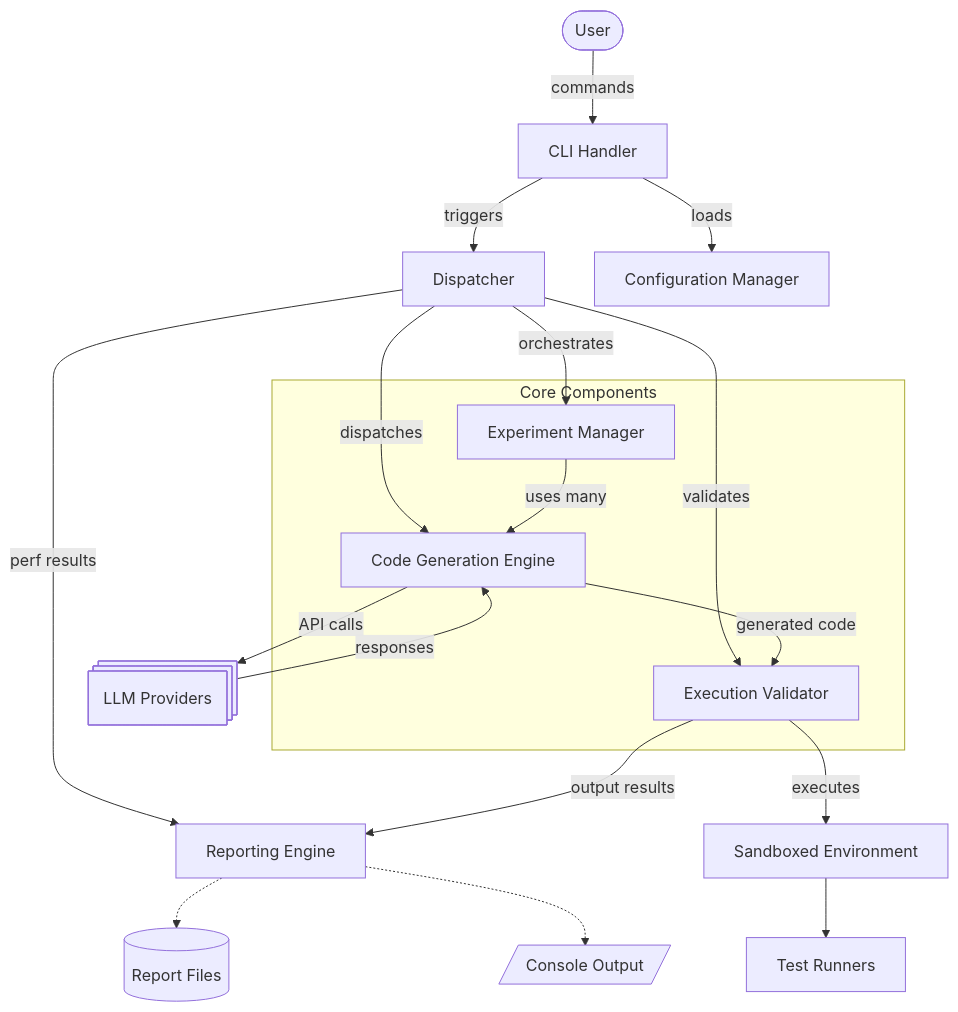
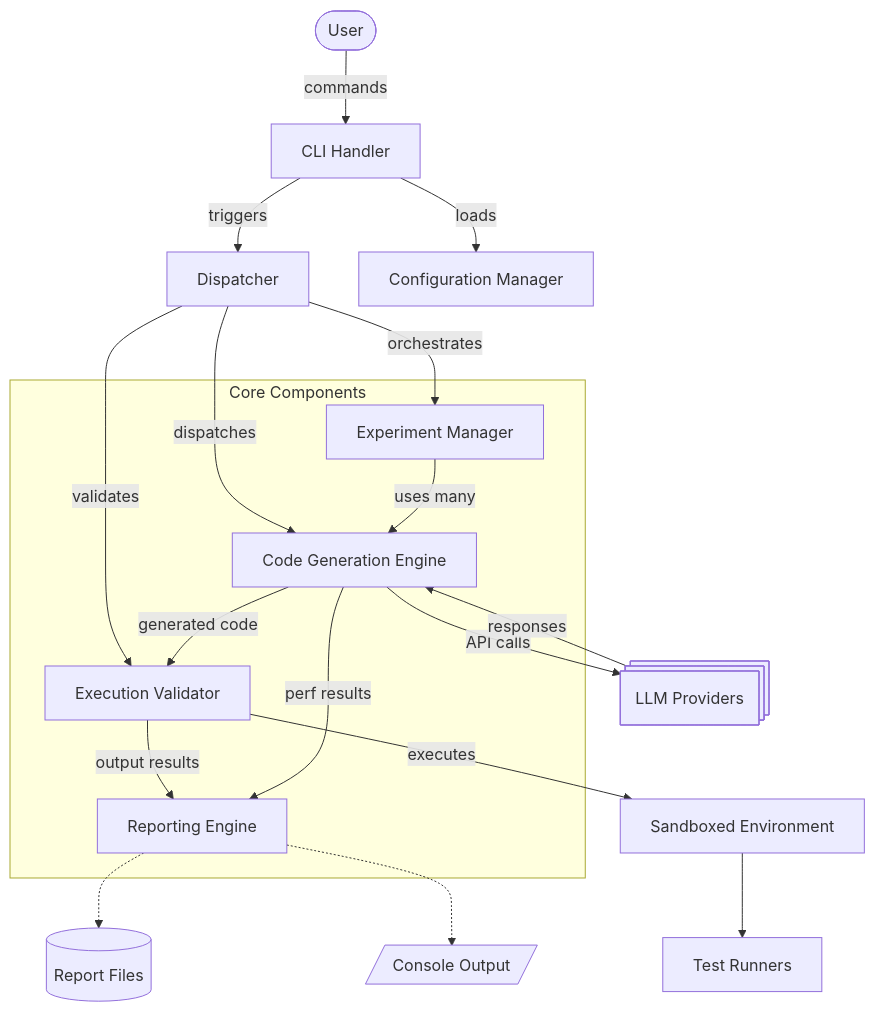
The first of 2 diagrams in docs/architecture.md (FilippoGurioli/test-2-code-llm), drawn with Mermaid before and after one commit. The commit also changed other lines of this file and 2 other files, not shown here.

Commit message:
docs: complete design for reporting engine

````diff
--- a/docs/architecture.md
+++ b/docs/architecture.md
@@ -109,28 +109,26 @@
 ```mermaid
 flowchart TD
     User([User]) -->|commands| CLI[CLI Handler]
-    CLI -->|triggers| OE[Dispatcher]
+    CLI -->|triggers| Dispatcher[Dispatcher]
     CLI -->|loads| CM[Configuration Manager]
     subgraph CoreComponents[Core Components]
       EM
       EV
       CGE
+      ARE
     end
-    OE -->|orchestrates| EM[Experiment Manager]
-    OE -->|dispatches| CGE[Code Generation Engine]
-    OE -->|validates| EV[Execution Validator]
-    OE -->|perf results| ARE[Reporting Engine]
-
+    Dispatcher -->|orchestrates| EM[Experiment Manager]
+    Dispatcher -->|dispatches| CGE[Code Generation Engine]
+    Dispatcher -->|validates| EV[Execution Validator]
+    EV -->|output results| ARE
+    EV -->|executes| Sandbox[Sandboxed Environment]
+    CGE -->|perf results| ARE[Reporting Engine]
     EM -->|uses many| CGE
-    
-    EV -->|output results| ARE
+    Sandbox --> TestRunner[Test Runners]
     CGE -->|generated code| EV
-    
     CGE -->|API calls| LLM@{ shape: procs, label: "LLM Providers"}
     LLM -->|responses| CGE
-    EV -->|executes| Sandbox[Sandboxed Environment]
-    Sandbox --> TestRunner[Test Runners]
     
     ARE -.-> Reports[(Report Files)]
     ARE -.-> Console[/Console Output/]
 ```
````
